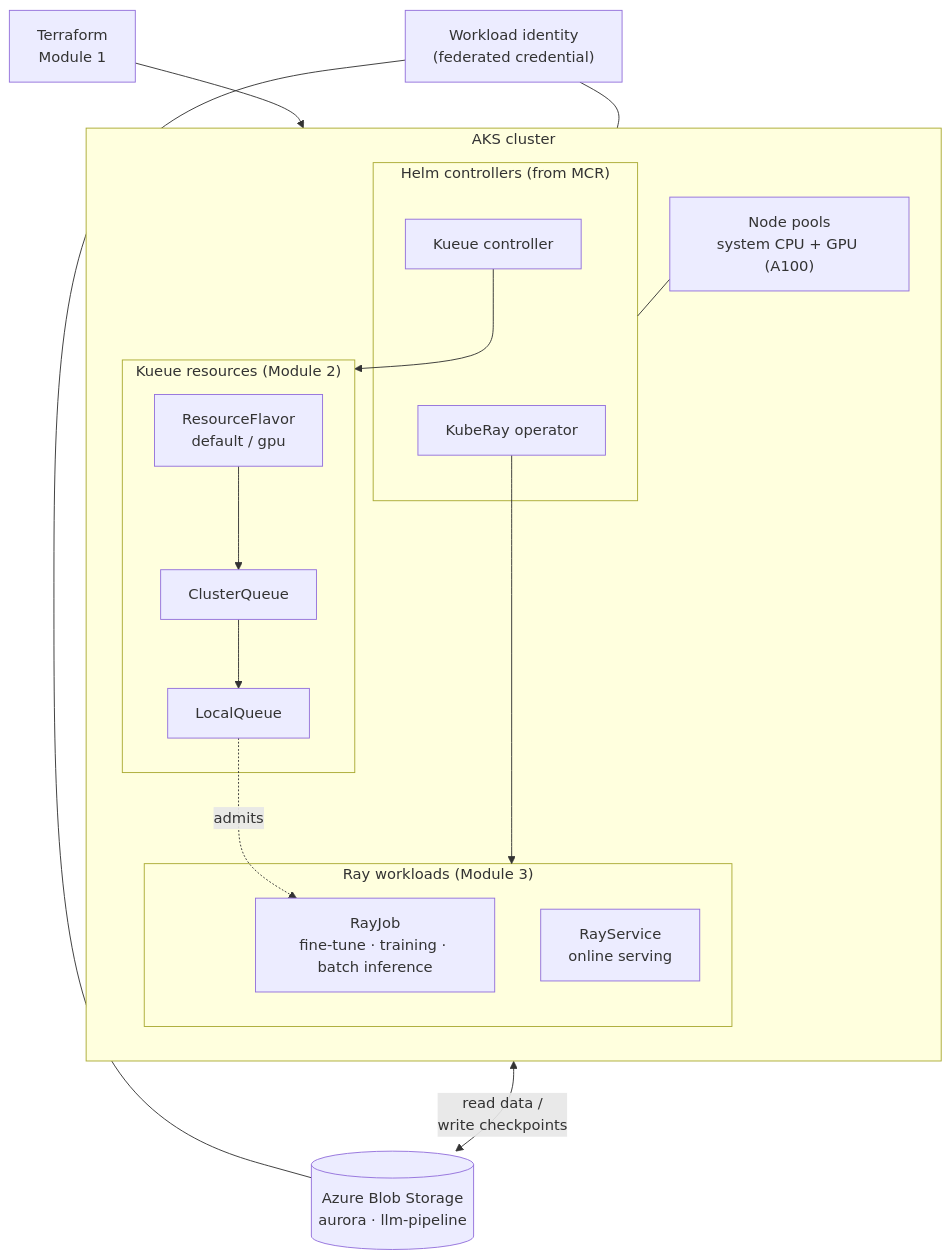
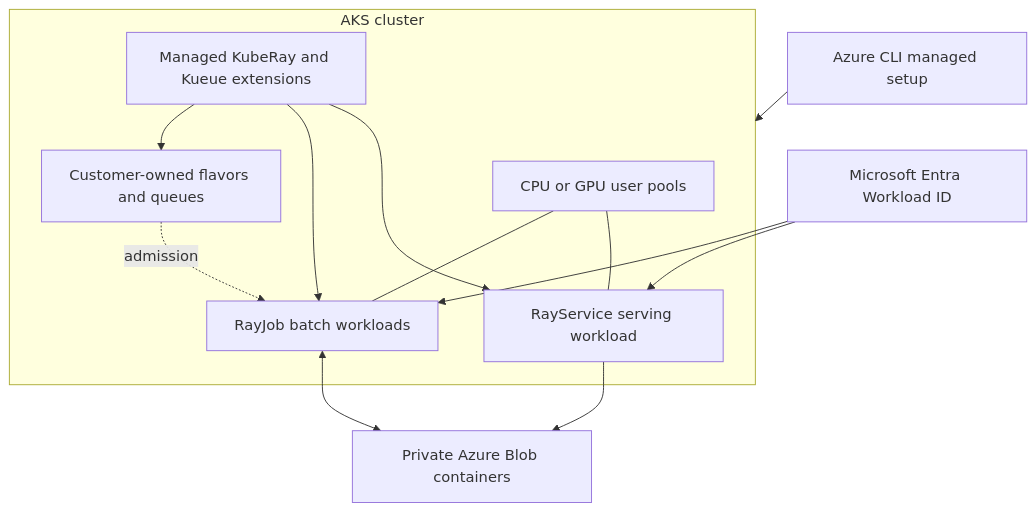
The diagram in examples/kueue-and-ray-on-aks/README.md (Azure/AKS), drawn with Mermaid before and after one commit. The commit also changed other lines of this file and 28 other files, not shown here.

Commit message:
Make managed KubeRay the default for Kueue and Ray examples

````diff
--- a/examples/kueue-and-ray-on-aks/README.md
+++ b/examples/kueue-and-ray-on-aks/README.md
@@ -58,28 +31,21 @@
 ```mermaid
 flowchart TB
-    TF[Terraform<br/>Module 1] --> AKS
-
-    subgraph AKS["AKS cluster"]
-        direction TB
-        NP["Node pools<br/>system CPU + GPU (A100)"]
-        subgraph CTRL["Helm controllers (from MCR)"]
-            KR[KubeRay operator]
-            KQ[Kueue controller]
-        end
-        subgraph KUEUE["Kueue resources (Module 2)"]
-            RF[ResourceFlavor<br/>default / gpu] --> CQ[ClusterQueue] --> LQ[LocalQueue]
-        end
-        subgraph WL["Ray workloads (Module 3)"]
-            RJ["RayJob<br/>fine-tune · training · batch inference"]
-            RS["RayService<br/>online serving"]
-        end
-        NP --- CTRL
-        KQ --> KUEUE
-        KR --> WL
-        LQ -. admits .-> RJ
+    AZ[Azure CLI managed setup] --> AKS
+    subgraph AKS[AKS cluster]
+        NODE[CPU or GPU user pools]
+        EXT[Managed KubeRay and Kueue extensions]
+        QUEUE[Customer-owned flavors and queues]
+        JOB[RayJob batch workloads]
+        SERVE[RayService serving workload]
+        EXT --> QUEUE
+        QUEUE -. admission .-> JOB
+        EXT --> JOB
+        EXT --> SERVE
+        NODE --- JOB
+        NODE --- SERVE
     end
-
-    WID["Workload identity<br/>(federated credential)"] --- WL
-    WL <-->|read data /<br/>write checkpoints| BLOB[("Azure Blob Storage<br/>aurora · llm-pipeline")]
-    WID --- BLOB
+    WI[Microsoft Entra Workload ID] --> JOB
+    WI --> SERVE
+    JOB <--> BLOB[Private Azure Blob containers]
+    SERVE --> BLOB
 ```
````
